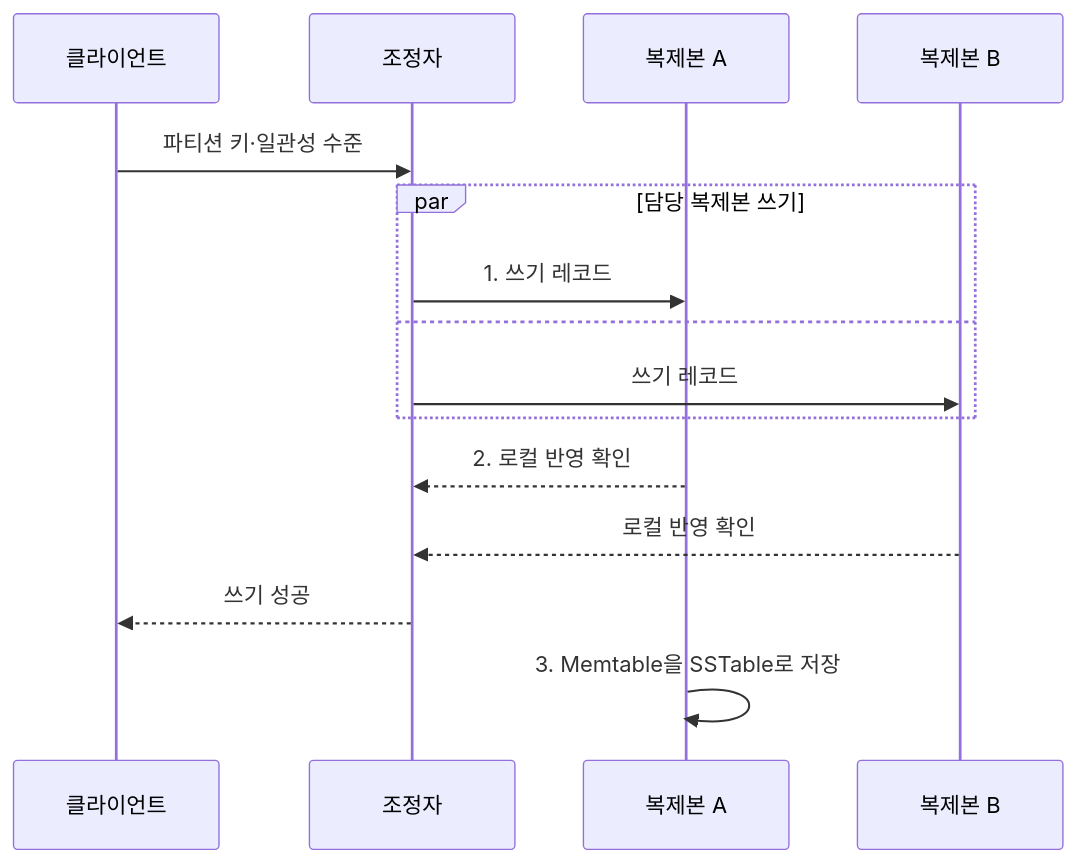
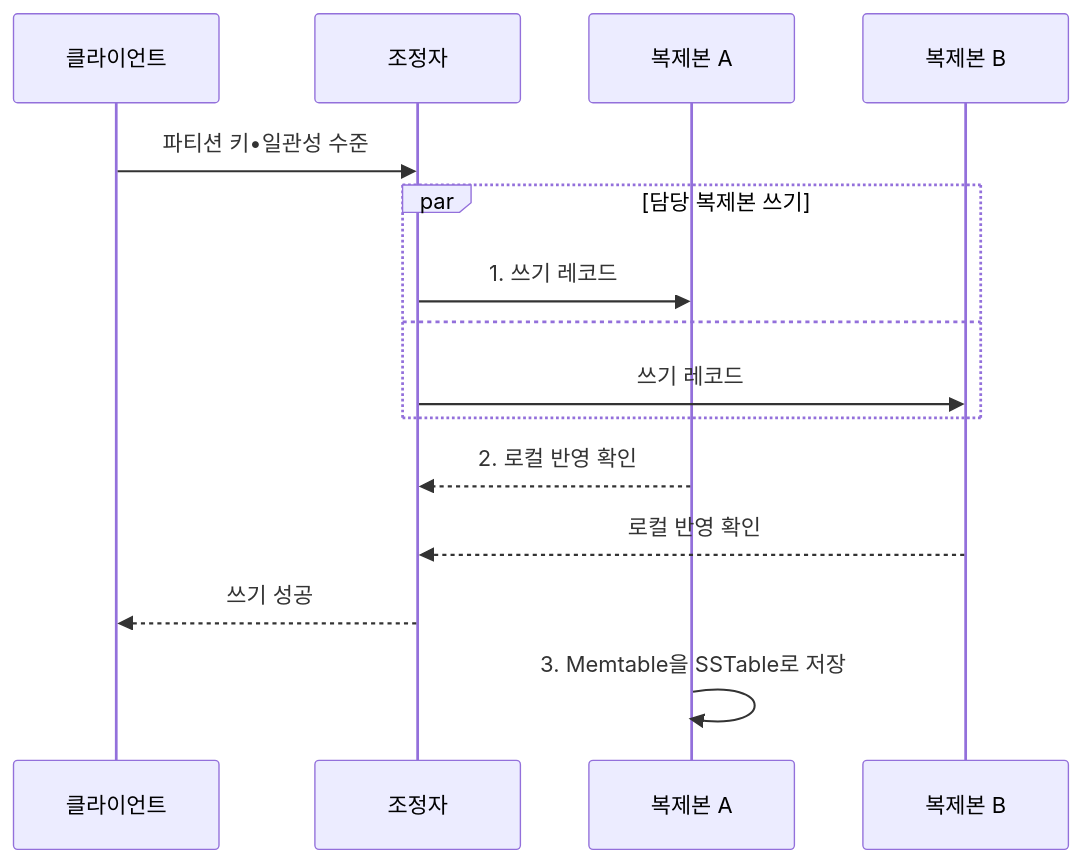
Before and after one commit to agnusdei1207/knowledge-base: the second of 2 diagrams in src/content/docs/notes/03-software/108_cassandra_column_family.md, drawn with Mermaid. The commit also changed other lines of this file and 953 other files, not shown here.

````diff
--- a/src/content/docs/notes/03-software/108_cassandra_column_family.md
+++ b/src/content/docs/notes/03-software/108_cassandra_column_family.md
@@ -106,17 +106,17 @@
 ```mermaid
 sequenceDiagram
     participant C as 클라이언트
     participant O as 조정자
     participant A as 복제본 A
     participant B as 복제본 B
-    C->>O: 파티션 키·일관성 수준
+    C->>O: 파티션 키•일관성 수준
     par 담당 복제본 쓰기
         O->>A: 1. 쓰기 레코드
     and
         O->>B: 쓰기 레코드
     end
     A-->>O: 2. 로컬 반영 확인
     B-->>O: 로컬 반영 확인
     O-->>C: 쓰기 성공
     A->>A: 3. Memtable을 SSTable로 저장
 ```
````
